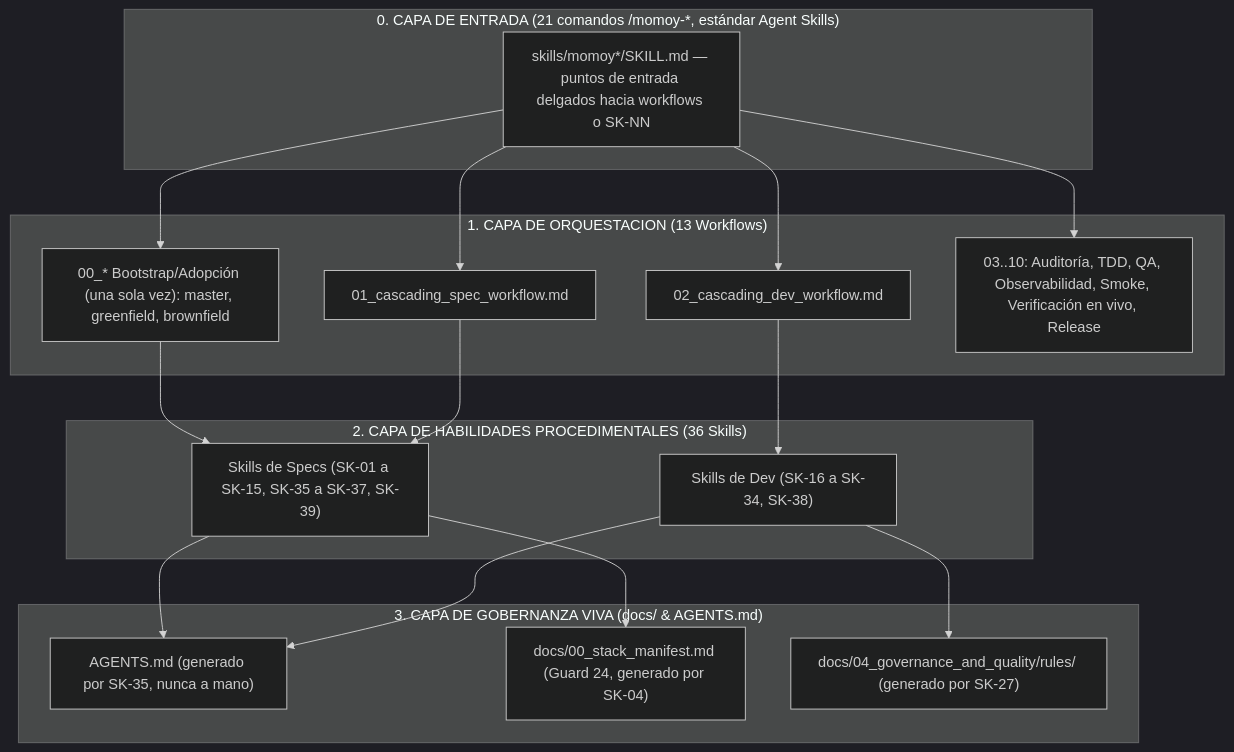
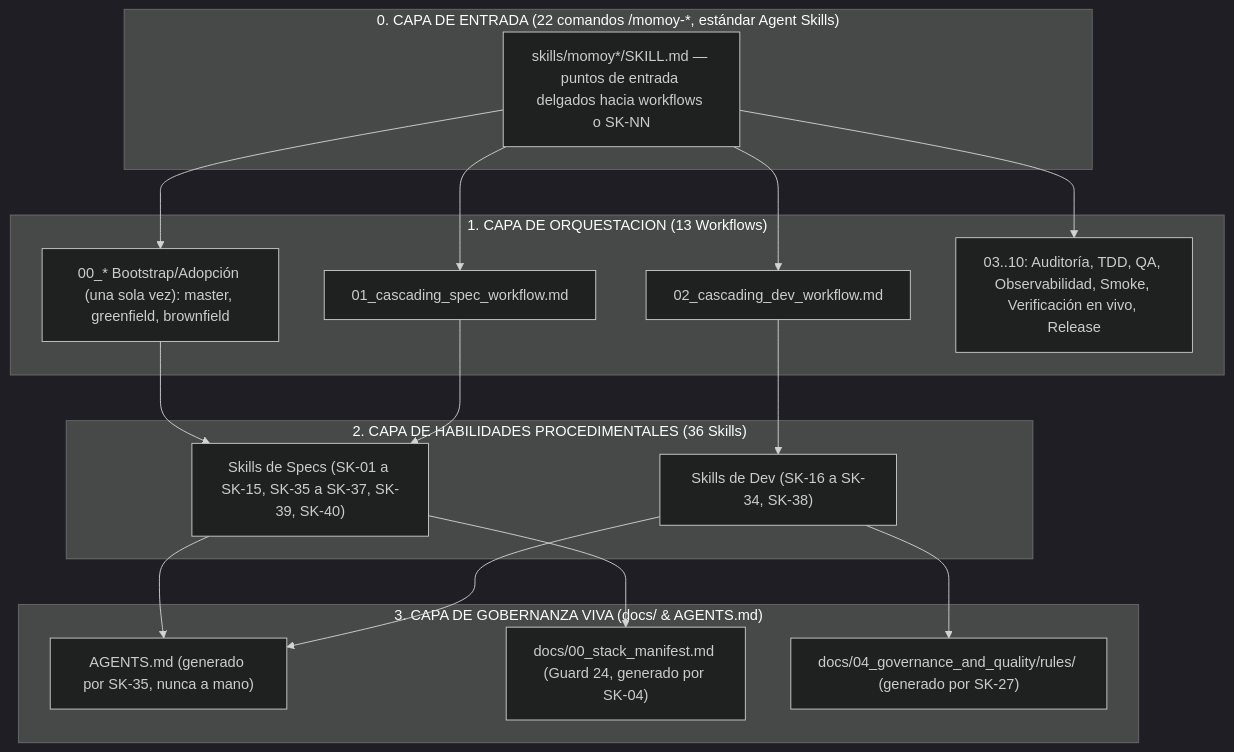
One commit to lacruzjd/AI4Devs-finalproject changed the diagram in .agents/README.md. Above: the diagram before and after it, drawn with Mermaid (dark theme). The commit also changed other lines of this file and 5 other files, not shown here.

````diff
--- a/.agents/README.md
+++ b/.agents/README.md
@@ -55,36 +55,36 @@
 ```mermaid
 flowchart TD
-    subgraph CAPA0 ["0. CAPA DE ENTRADA (21 comandos /momoy-*, estándar Agent Skills)"]
+    subgraph CAPA0 ["0. CAPA DE ENTRADA (22 comandos /momoy-*, estándar Agent Skills)"]
         CMD["skills/momoy*/SKILL.md — puntos de entrada delgados hacia workflows o SK-NN"]
     end
 
     subgraph CAPA1 ["1. CAPA DE ORQUESTACION (13 Workflows)"]
         W00["00_* Bootstrap/Adopción (una sola vez): master, greenfield, brownfield"]
         W01["01_cascading_spec_workflow.md"]
         W02["02_cascading_dev_workflow.md"]
         W0X["03..10: Auditoría, TDD, QA, Observabilidad, Smoke, Verificación en vivo, Release"]
     end
 
     subgraph CAPA2 ["2. CAPA DE HABILIDADES PROCEDIMENTALES (36 Skills)"]
-        S_Spec["Skills de Specs (SK-01 a SK-15, SK-35 a SK-37, SK-39)"]
+        S_Spec["Skills de Specs (SK-01 a SK-15, SK-35 a SK-37, SK-39, SK-40)"]
         S_Dev["Skills de Dev (SK-16 a SK-34, SK-38)"]
     end
 
     subgraph CAPA3 ["3. CAPA DE GOBERNANZA VIVA (docs/ & AGENTS.md)"]
         AGENTS["AGENTS.md (generado por SK-35, nunca a mano)"]
         StackManifest["docs/00_stack_manifest.md (Guard 24, generado por SK-04)"]
         Rules["docs/04_governance_and_quality/rules/ (generado por SK-27)"]
     end
 
     CMD --> W00
     CMD --> W01
     CMD --> W02
     CMD --> W0X
     W00 --> S_Spec
     W01 --> S_Spec
     W02 --> S_Dev
     S_Spec --> AGENTS
     S_Spec --> StackManifest
     S_Dev --> AGENTS
     S_Dev --> Rules
 ```
````
